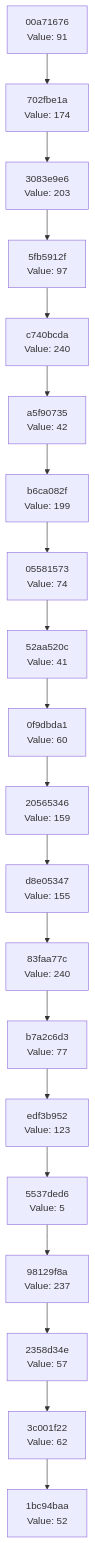
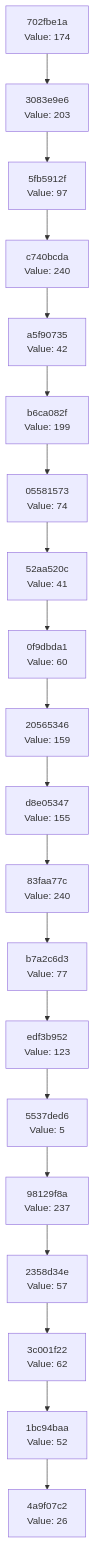
One commit to Abhisheksinha1506/hash-chain-evolver changed the diagram in docs/CHAIN_VISUALIZATION.md. Above: the diagram before and after it, drawn with Mermaid. The commit also changed 2 other files, not shown here.

Commit message:
Evolution step: hash 0x1A → action executed

````diff
--- a/docs/CHAIN_VISUALIZATION.md
+++ b/docs/CHAIN_VISUALIZATION.md
@@ -3,42 +3,42 @@
 ```mermaid
 graph TD
-    C0["1bc94baa<br/>Value: 52"]
-    C1["3c001f22<br/>Value: 62"]
+    C0["4a9f07c2<br/>Value: 26"]
+    C1["1bc94baa<br/>Value: 52"]
     C1 --> C0
-    C2["2358d34e<br/>Value: 57"]
+    C2["3c001f22<br/>Value: 62"]
     C2 --> C1
-    C3["98129f8a<br/>Value: 237"]
+    C3["2358d34e<br/>Value: 57"]
     C3 --> C2
-    C4["5537ded6<br/>Value: 5"]
+    C4["98129f8a<br/>Value: 237"]
     C4 --> C3
-    C5["edf3b952<br/>Value: 123"]
+    C5["5537ded6<br/>Value: 5"]
     C5 --> C4
-    C6["b7a2c6d3<br/>Value: 77"]
+    C6["edf3b952<br/>Value: 123"]
     C6 --> C5
-    C7["83faa77c<br/>Value: 240"]
+    C7["b7a2c6d3<br/>Value: 77"]
     C7 --> C6
-    C8["d8e05347<br/>Value: 155"]
+    C8["83faa77c<br/>Value: 240"]
     C8 --> C7
-    C9["20565346<br/>Value: 159"]
+    C9["d8e05347<br/>Value: 155"]
     C9 --> C8
-    C10["0f9dbda1<br/>Value: 60"]
+    C10["20565346<br/>Value: 159"]
     C10 --> C9
-    C11["52aa520c<br/>Value: 41"]
+    C11["0f9dbda1<br/>Value: 60"]
     C11 --> C10
-    C12["05581573<br/>Value: 74"]
+    C12["52aa520c<br/>Value: 41"]
     C12 --> C11
-    C13["b6ca082f<br/>Value: 199"]
+    C13["05581573<br/>Value: 74"]
     C13 --> C12
-    C14["a5f90735<br/>Value: 42"]
+    C14["b6ca082f<br/>Value: 199"]
     C14 --> C13
-    C15["c740bcda<br/>Value: 240"]
+    C15["a5f90735<br/>Value: 42"]
     C15 --> C14
-    C16["5fb5912f<br/>Value: 97"]
+    C16["c740bcda<br/>Value: 240"]
     C16 --> C15
-    C17["3083e9e6<br/>Value: 203"]
+    C17["5fb5912f<br/>Value: 97"]
     C17 --> C16
-    C18["702fbe1a<br/>Value: 174"]
+    C18["3083e9e6<br/>Value: 203"]
     C18 --> C17
-    C19["00a71676<br/>Value: 91"]
+    C19["702fbe1a<br/>Value: 174"]
     C19 --> C18
 ```
````
